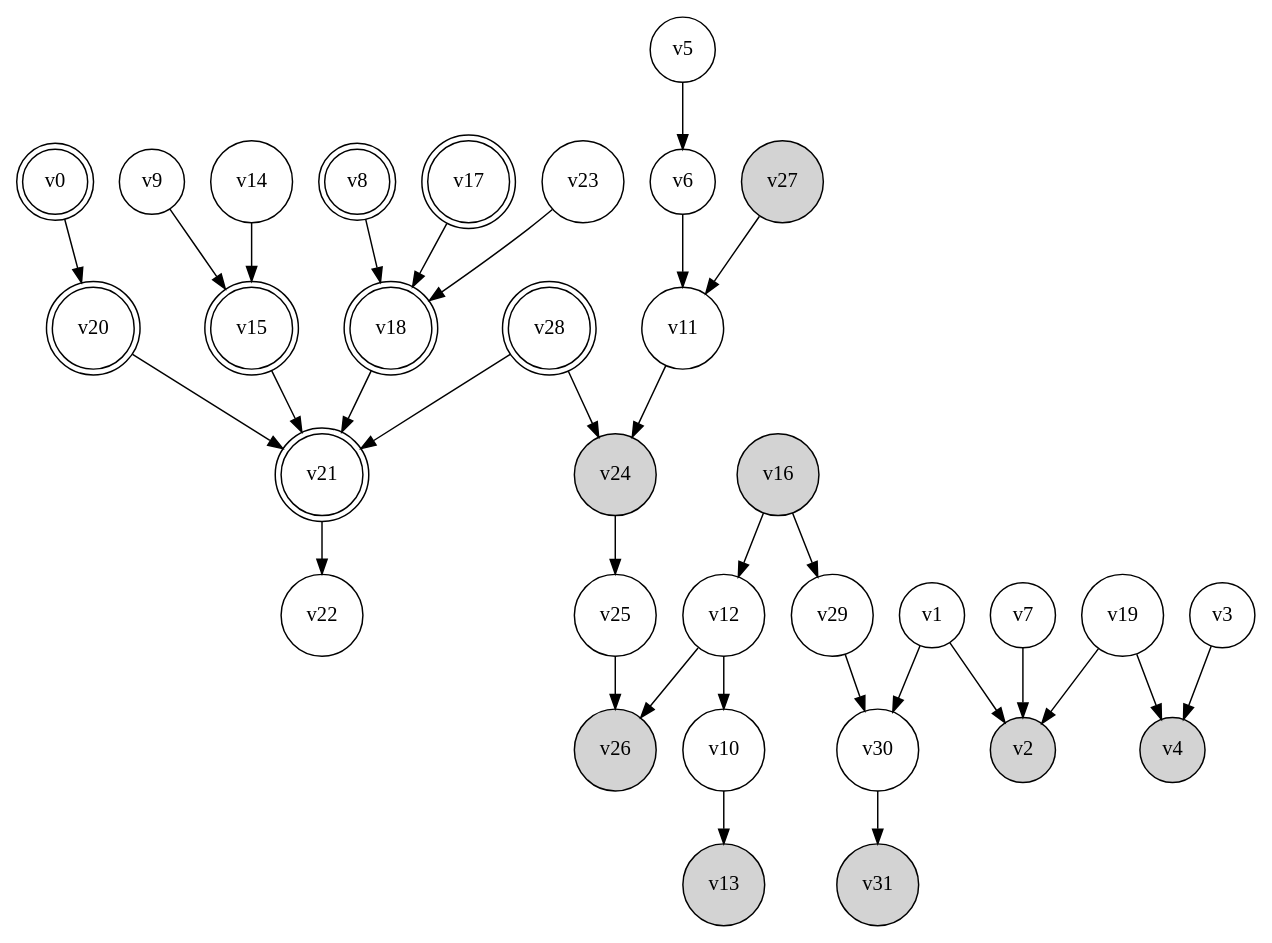
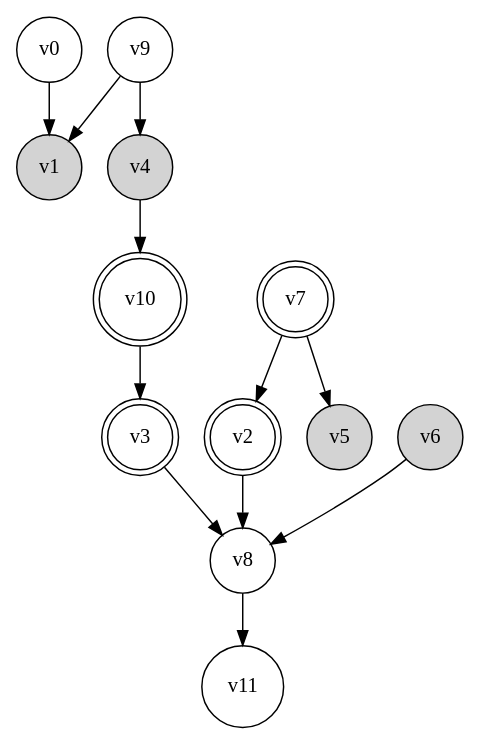
One commit to arthurhaiying/TestingBayesianNetwork changed the diagram in polytree.gv. Above: the diagram before and after it, drawn with Graphviz. The commit also changed 21 other files, not shown here.

```diff
--- a/polytree.gv
+++ b/polytree.gv
@@ -1,66 +1,26 @@
 digraph {
 	rankdir=TD
-	v0 [shape=doublecircle]
-	v1 [shape=circle]
-	v2 [shape=circle style=filled]
-	v3 [shape=circle]
+	v0 [shape=circle]
+	v1 [shape=circle style=filled]
+	v2 [shape=doublecircle]
+	v3 [shape=doublecircle]
 	v4 [shape=circle style=filled]
-	v5 [shape=circle]
-	v6 [shape=circle]
-	v7 [shape=circle]
-	v8 [shape=doublecircle]
+	v5 [shape=circle style=filled]
+	v6 [shape=circle style=filled]
+	v7 [shape=doublecircle]
+	v8 [shape=circle]
 	v9 [shape=circle]
-	v10 [shape=circle]
+	v10 [shape=doublecircle]
 	v11 [shape=circle]
-	v12 [shape=circle]
-	v13 [shape=circle style=filled]
-	v14 [shape=circle]
-	v15 [shape=doublecircle]
-	v16 [shape=circle style=filled]
-	v17 [shape=doublecircle]
-	v18 [shape=doublecircle]
-	v19 [shape=circle]
-	v20 [shape=doublecircle]
-	v21 [shape=doublecircle]
-	v22 [shape=circle]
-	v23 [shape=circle]
-	v24 [shape=circle style=filled]
-	v25 [shape=circle]
-	v26 [shape=circle style=filled]
-	v27 [shape=circle style=filled]
-	v28 [shape=doublecircle]
-	v29 [shape=circle]
-	v30 [shape=circle]
-	v31 [shape=circle style=filled]
-	v0 -> v20
-	v1 -> v2
-	v1 -> v30
-	v3 -> v4
-	v5 -> v6
-	v6 -> v11
+	v0 -> v1
+	v2 -> v8
+	v3 -> v8
+	v4 -> v10
+	v6 -> v8
+	v7 -> v5
 	v7 -> v2
-	v8 -> v18
-	v9 -> v15
-	v10 -> v13
-	v11 -> v24
-	v12 -> v26
-	v12 -> v10
-	v14 -> v15
-	v15 -> v21
-	v16 -> v29
-	v16 -> v12
-	v17 -> v18
-	v18 -> v21
-	v19 -> v2
-	v19 -> v4
-	v20 -> v21
-	v21 -> v22
-	v23 -> v18
-	v24 -> v25
-	v25 -> v26
-	v27 -> v11
-	v28 -> v21
-	v28 -> v24
-	v29 -> v30
-	v30 -> v31
+	v8 -> v11
+	v9 -> v4
+	v9 -> v1
+	v10 -> v3
 }
```
